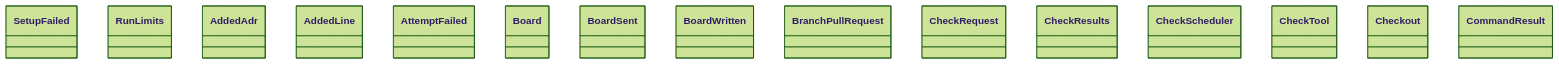
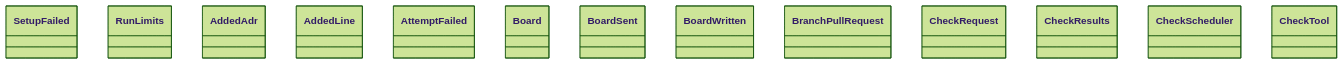
One commit to GonzaloZevallos/agentic-system changed the diagram in docs/architecture/generated/classes-process-application-support-1.md. Above: the diagram before and after it, drawn with Mermaid (forest theme). The commit also changed other lines of this file and 15 other files, not shown here.

````diff
--- a/docs/architecture/generated/classes-process-application-support-1.md
+++ b/docs/architecture/generated/classes-process-application-support-1.md
@@ -15,18 +16,16 @@
 ```mermaid
 classDiagram
     class checkouts__SetupFailed["SetupFailed"]
     class limits__RunLimits["RunLimits"]
     class ports__AddedAdr["AddedAdr"]
     class ports__AddedLine["AddedLine"]
     class ports__AttemptFailed["AttemptFailed"]
     class ports__Board["Board"]
     class ports__BoardSent["BoardSent"]
     class ports__BoardWritten["BoardWritten"]
     class ports__BranchPullRequest["BranchPullRequest"]
     class ports__CheckRequest["CheckRequest"]
     class ports__CheckResults["CheckResults"]
     class ports__CheckScheduler["CheckScheduler"]
     class ports__CheckTool["CheckTool"]
-    class ports__Checkout["Checkout"]
-    class ports__CommandResult["CommandResult"]
 ```
````
